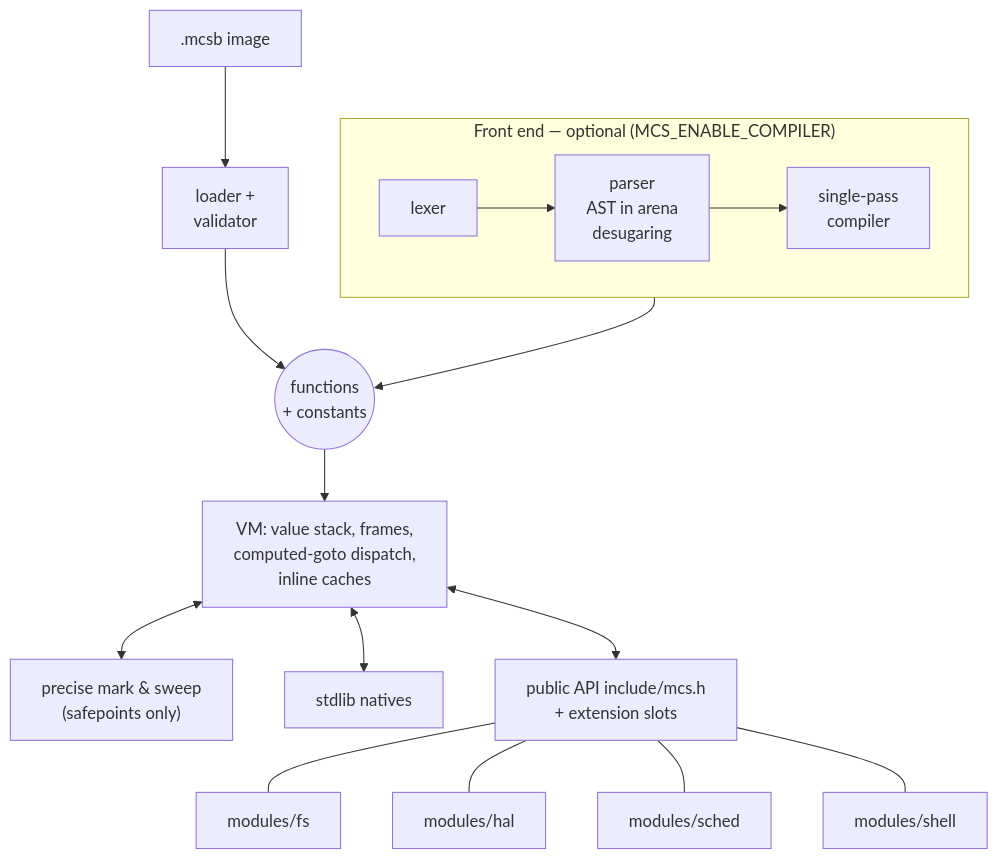
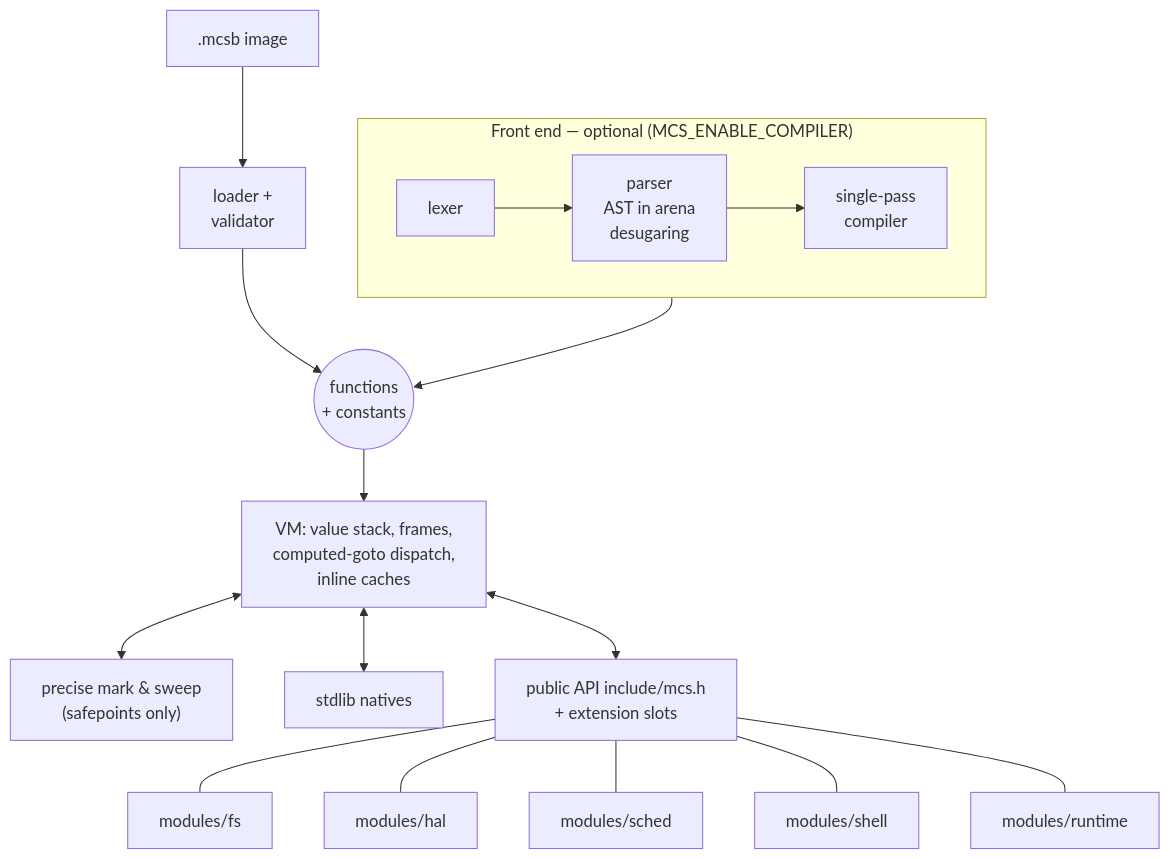
Before and after one commit to amir1387aht/MicroCS: the diagram in docs/ARCHITECTURE.md, drawn with Mermaid. The commit also changed other lines of this file and 79 other files, not shown here.

Commit message:
v1.4: HAL v2, vendor ports, REPL runtime, build integrations, docs and examples (part 1/2)

````diff
--- a/docs/ARCHITECTURE.md
+++ b/docs/ARCHITECTURE.md
@@ -3,15 +3,15 @@
 ```mermaid
 flowchart TB
     subgraph front["Front end — optional (MCS_ENABLE_COMPILER)"]
         direction LR
         L[lexer] --> P["parser<br/>AST in arena<br/>desugaring"] --> C["single-pass<br/>compiler"]
     end
     IMG[".mcsb image"] --> LD["loader +<br/>validator"]
     C --> F(("functions<br/>+ constants"))
     LD --> F
     F --> VM["VM: value stack, frames,<br/>computed-goto dispatch,<br/>inline caches"]
     VM <--> GC["precise mark & sweep<br/>(safepoints only)"]
     VM <--> STD["stdlib natives"]
     VM <--> API["public API include/mcs.h<br/>+ extension slots"]
-    API --- FS[modules/fs] & HAL[modules/hal] & SCH[modules/sched] & SH[modules/shell]
+    API --- FS[modules/fs] & HAL[modules/hal] & SCH[modules/sched] & SH[modules/shell] & RT[modules/runtime]
 ```
````
